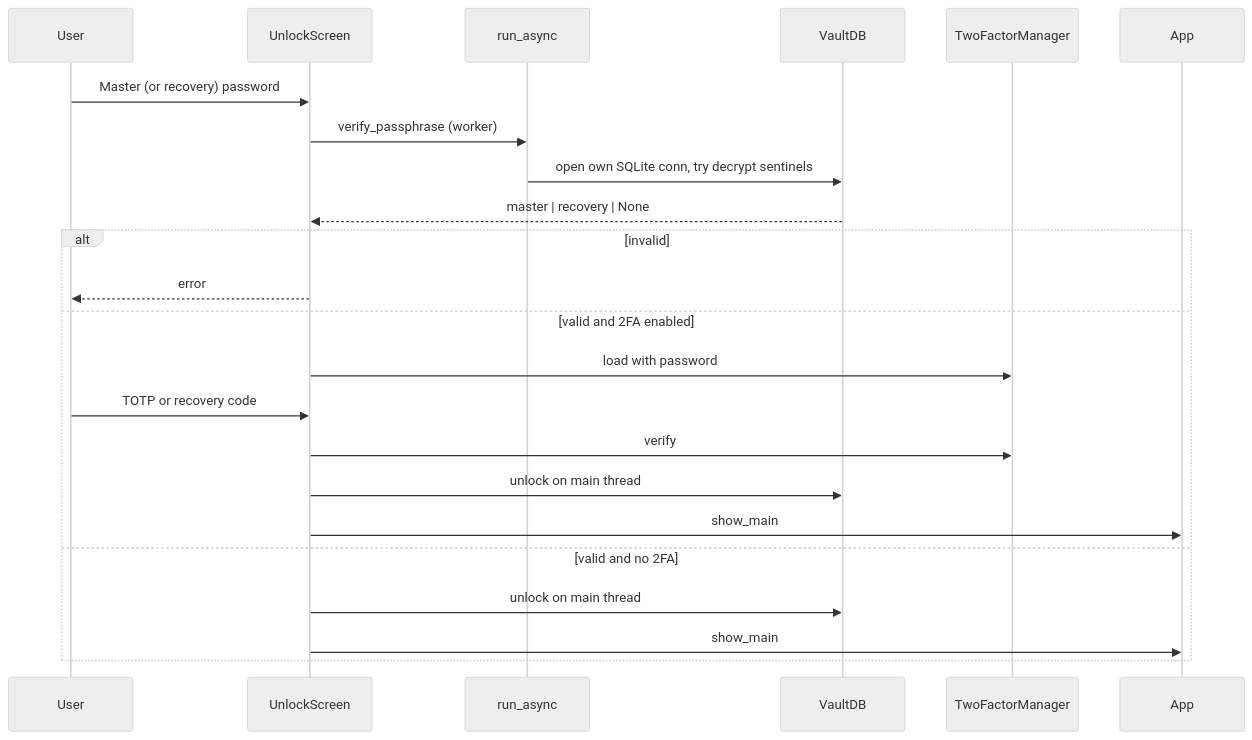
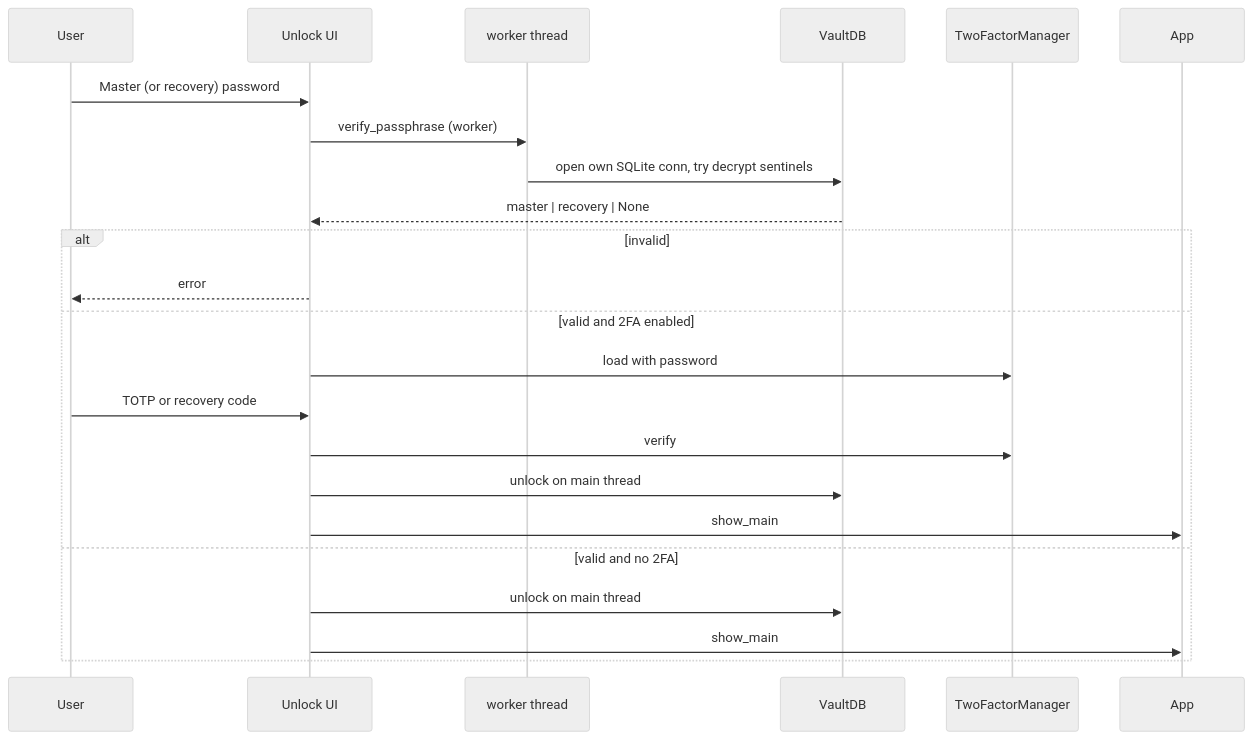
The second of 2 diagrams in architecture.md (bullx/localpasswordvault), drawn with Mermaid (neutral theme) before and after one commit. The commit also changed other lines of this file and 44 other files, not shown here.

````diff
--- a/architecture.md
+++ b/architecture.md
@@ -151,25 +164,25 @@
 ```mermaid
 sequenceDiagram
   participant U as User
-  participant UI as UnlockScreen
-  participant A as run_async
+  participant UI as Unlock UI
+  participant A as worker thread
   participant V as VaultDB
   participant T as TwoFactorManager
 
   U->>UI: Master (or recovery) password
   UI->>A: verify_passphrase (worker)
   A->>V: open own SQLite conn, try decrypt sentinels
   V-->>UI: master | recovery | None
   alt invalid
     UI-->>U: error
   else valid and 2FA enabled
     UI->>T: load with password
     U->>UI: TOTP or recovery code
     UI->>T: verify
     UI->>V: unlock on main thread
     UI->>App: show_main
   else valid and no 2FA
     UI->>V: unlock on main thread
     UI->>App: show_main
   end
 ```
````
